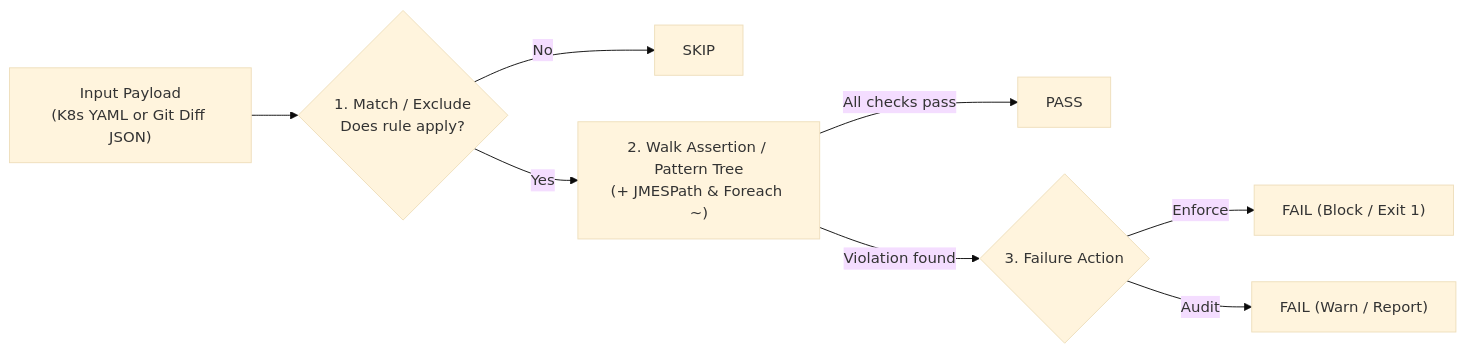
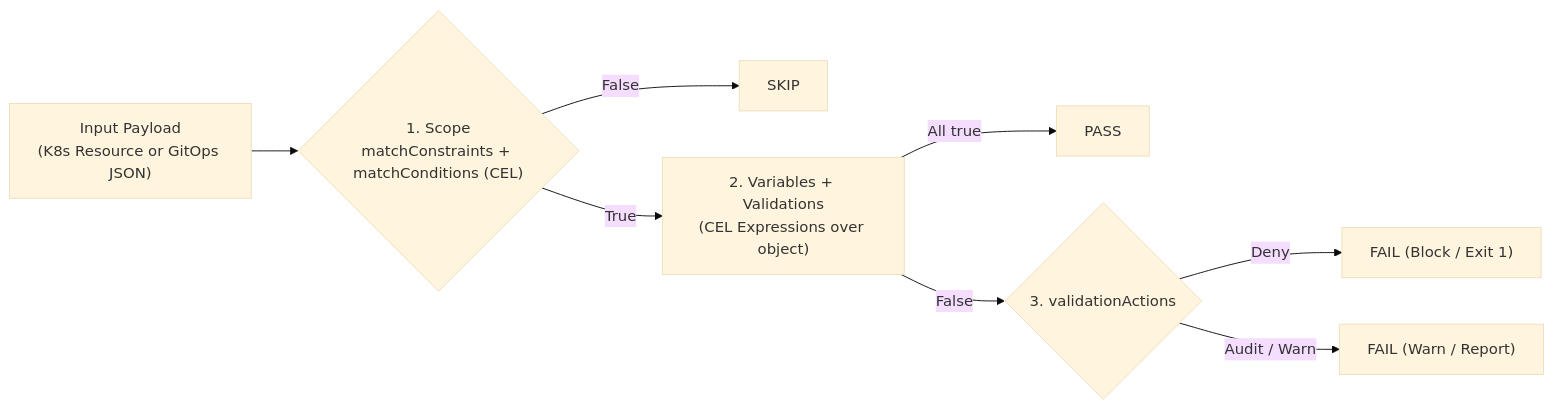
One commit to av-elier/kyverno-gitops-show changed the diagram in README.md. Above: the diagram before and after it, drawn with Mermaid (base theme). The commit also changed other lines of this file and 22 other files, not shown here.

````diff
--- a/README.md
+++ b/README.md
@@ -17,10 +17,10 @@
 ```mermaid
 flowchart LR
-    A["Input Payload<br/>(K8s YAML or Git Diff JSON)"] --> B{"1. Match / Exclude<br/>Does rule apply?"}
-    B -- "No" --> C["SKIP"]
-    B -- "Yes" --> D["2. Walk Assertion / Pattern Tree<br/>(+ JMESPath & Foreach ~)"]
-    D -- "All checks pass" --> E["PASS"]
-    D -- "Violation found" --> F{"3. Failure Action"}
-    F -- "Enforce" --> G["FAIL (Block / Exit 1)"]
-    F -- "Audit" --> H["FAIL (Warn / Report)"]
+    A["Input Payload<br/>(K8s Resource or GitOps JSON)"] --> B{"1. Scope<br/>matchConstraints + matchConditions (CEL)"}
+    B -- "False" --> C["SKIP"]
+    B -- "True" --> D["2. Variables + Validations<br/>(CEL Expressions over object)"]
+    D -- "All true" --> E["PASS"]
+    D -- "False" --> F{"3. validationActions"}
+    F -- "Deny" --> G["FAIL (Block / Exit 1)"]
+    F -- "Audit / Warn" --> H["FAIL (Warn / Report)"]
 ```
````
